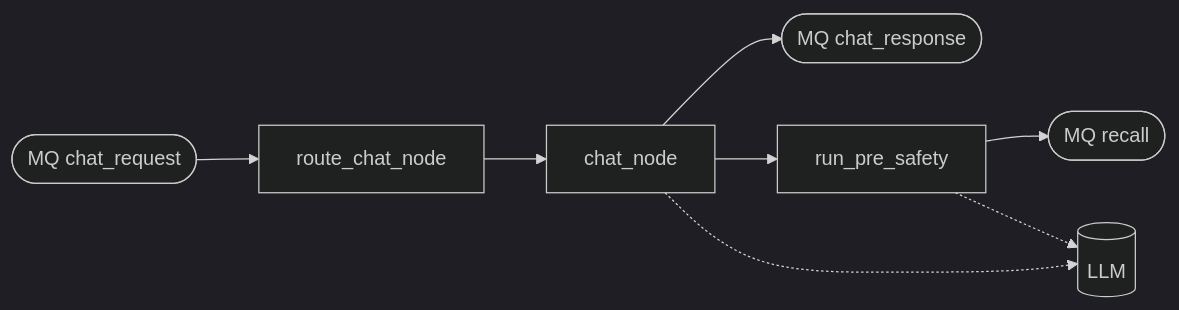
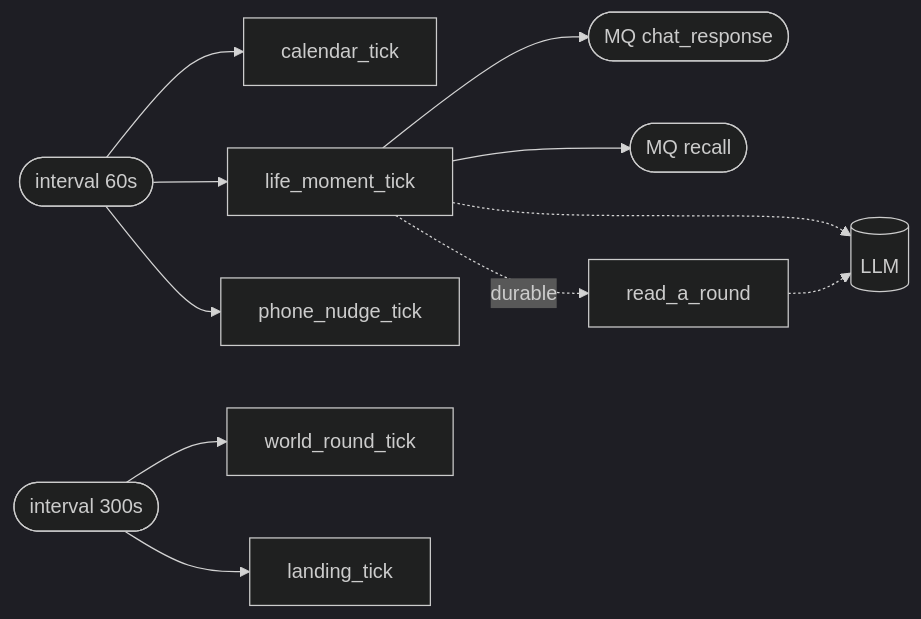
Before and after one commit to bezhai/chiwei-platform: the second of 5 diagrams in docs/guides/dataflow-framework-overview.md, drawn with Mermaid (dark theme). The commit also changed other lines of this file and 418 other files, not shown here.

````diff
--- a/docs/guides/dataflow-framework-overview.md
+++ b/docs/guides/dataflow-framework-overview.md
@@ -27,10 +27,13 @@
 ```mermaid
 flowchart LR
-    MQin([MQ chat_request]) --> R[route_chat_node]
-    R --> C[chat_node]
-    C --> MQout([MQ chat_response])
-    C --> P[run_pre_safety]
-    P --> Recall([MQ recall])
-    C -.-> LLM[(LLM)]
-    P -.-> LLM
+    T60([interval 60s]) --> CAL[calendar_tick]
+    T60 --> MOM[life_moment_tick]
+    T60 --> NUD[phone_nudge_tick]
+    T300([interval 300s]) --> WLD[world_round_tick]
+    T300 --> LND[landing_tick]
+    MOM --> Seg([MQ chat_response])
+    MOM --> Rec([MQ recall])
+    MOM -. durable .-> RR[read_a_round]
+    MOM -.-> LLM[(LLM)]
+    RR -.-> LLM
 ```
````
